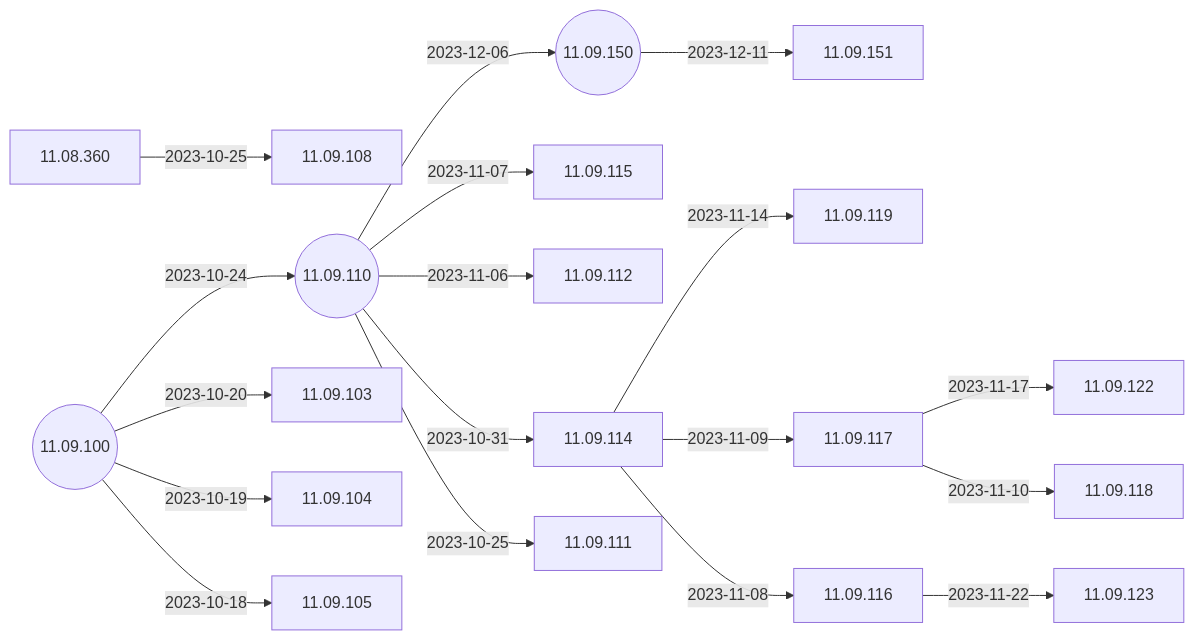
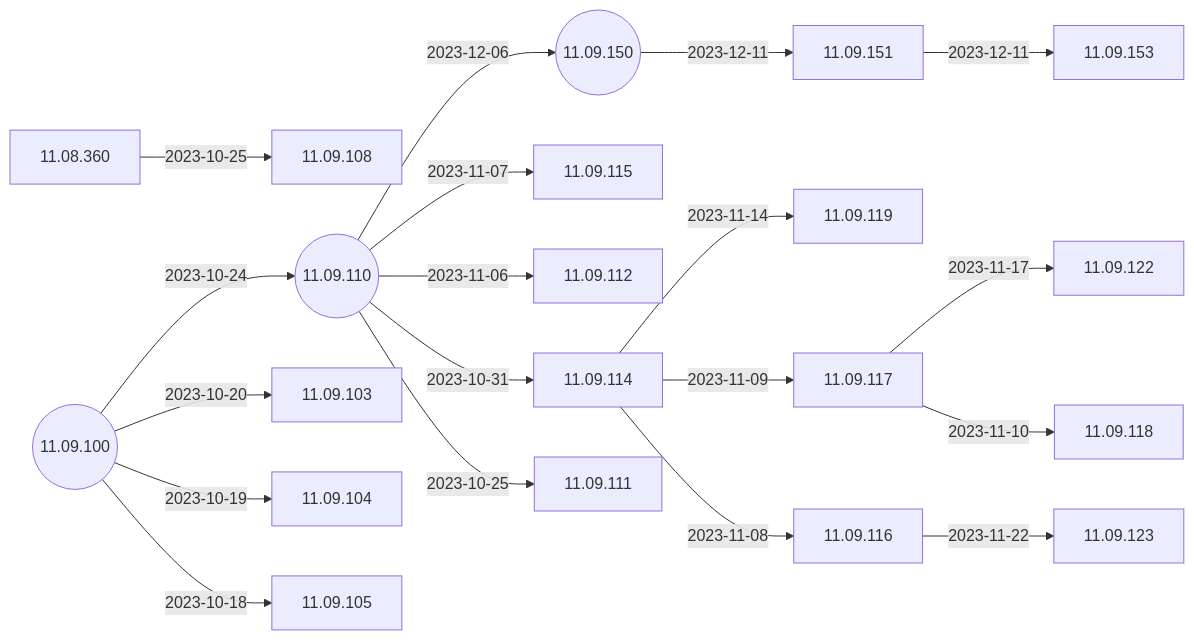
One commit to IGEL-Community/IGEL-Docs-v02 changed the second of 5 diagrams in docs/Docs/ReleaseNotes/01-OS11/README.md. Above: the diagram before and after it, drawn with Mermaid. The commit also changed 2 other files, not shown here.

Commit message:
11.09.153 < 11.09.151

````diff
--- a/docs/Docs/ReleaseNotes/01-OS11/README.md
+++ b/docs/Docs/ReleaseNotes/01-OS11/README.md
@@ -41,39 +41,41 @@
 ```mermaid
 flowchart LR
+    11.09.151-- 2023-12-11 -->11.09.153
     11.09.150-- 2023-12-11 -->11.09.151
     11.09.110-- 2023-12-06 -->11.09.150((11.09.150))
     11.09.116-- 2023-11-22 -->11.09.123
     11.09.117-- 2023-11-17 -->11.09.122
     11.09.114-- 2023-11-14 -->11.09.119
     11.09.117-- 2023-11-10 -->11.09.118
     11.09.114-- 2023-11-09 -->11.09.117
     11.09.114-- 2023-11-08 -->11.09.116
     11.09.110-- 2023-11-07 -->11.09.115
     11.09.110-- 2023-11-06 -->11.09.112
     11.09.110-- 2023-10-31 -->11.09.114
     11.08.360-- 2023-10-25 -->11.09.108
     11.09.110-- 2023-10-25 -->11.09.111
     11.09.100-- 2023-10-24 -->11.09.110((11.09.110))
     11.09.100-- 2023-10-20 -->11.09.103
     11.09.100-- 2023-10-19 -->11.09.104
     11.09.100-- 2023-10-18 -->11.09.105
     11.09.100((11.09.100))
+    click 11.09.153 "https://github.com/IGEL-Community/IGEL-Docs-v02/tree/main/docs/Docs/ReleaseNotes/01-OS11/readme11.09.153.txt" _blank
     click 11.09.151 "https://github.com/IGEL-Community/IGEL-Docs-v02/tree/main/docs/Docs/ReleaseNotes/01-OS11/readme11.09.151.txt" _blank
     click 11.09.150 "https://github.com/IGEL-Community/IGEL-Docs-v02/tree/main/docs/Docs/ReleaseNotes/01-OS11/readme11.09.150.txt" _blank
     click 11.09.123 "https://github.com/IGEL-Community/IGEL-Docs-v02/tree/main/docs/Docs/ReleaseNotes/01-OS11/readme11.09.123.txt" _blank
     click 11.09.122 "https://github.com/IGEL-Community/IGEL-Docs-v02/tree/main/docs/Docs/ReleaseNotes/01-OS11/readme11.09.122.txt" _blank
     click 11.09.119 "https://github.com/IGEL-Community/IGEL-Docs-v02/tree/main/docs/Docs/ReleaseNotes/01-OS11/readme11.09.119.txt" _blank
     click 11.09.118 "https://github.com/IGEL-Community/IGEL-Docs-v02/tree/main/docs/Docs/ReleaseNotes/01-OS11/readme11.09.118.txt" _blank
     click 11.09.117 "https://github.com/IGEL-Community/IGEL-Docs-v02/tree/main/docs/Docs/ReleaseNotes/01-OS11/readme11.09.117.txt" _blank
     click 11.09.116 "https://github.com/IGEL-Community/IGEL-Docs-v02/tree/main/docs/Docs/ReleaseNotes/01-OS11/readme11.09.116.txt" _blank
     click 11.09.115 "https://github.com/IGEL-Community/IGEL-Docs-v02/tree/main/docs/Docs/ReleaseNotes/01-OS11/readme11.09.115.txt" _blank
     click 11.09.112 "https://github.com/IGEL-Community/IGEL-Docs-v02/tree/main/docs/Docs/ReleaseNotes/01-OS11/readme11.09.112.txt" _blank
     click 11.09.114 "https://github.com/IGEL-Community/IGEL-Docs-v02/tree/main/docs/Docs/ReleaseNotes/01-OS11/readme11.09.114.txt" _blank
     click 11.09.108 "https://github.com/IGEL-Community/IGEL-Docs-v02/tree/main/docs/Docs/ReleaseNotes/01-OS11/readme11.09.108.txt" _blank
     click 11.09.111 "https://github.com/IGEL-Community/IGEL-Docs-v02/tree/main/docs/Docs/ReleaseNotes/01-OS11/readme11.09.111.txt" _blank
     click 11.09.110 "https://github.com/IGEL-Community/IGEL-Docs-v02/tree/main/docs/Docs/ReleaseNotes/01-OS11/readme11.09.110.txt" _blank
     click 11.09.103 "https://github.com/IGEL-Community/IGEL-Docs-v02/tree/main/docs/Docs/ReleaseNotes/01-OS11/readme11.09.103.txt" _blank
     click 11.09.104 "https://github.com/IGEL-Community/IGEL-Docs-v02/tree/main/docs/Docs/ReleaseNotes/01-OS11/readme11.09.104.txt" _blank
     click 11.09.105 "https://github.com/IGEL-Community/IGEL-Docs-v02/tree/main/docs/Docs/ReleaseNotes/01-OS11/readme11.09.105.txt" _blank
     click 11.09.100 "https://github.com/IGEL-Community/IGEL-Docs-v02/tree/main/docs/Docs/ReleaseNotes/01-OS11/readme11.09.100.txt" _blank
 ```
````
